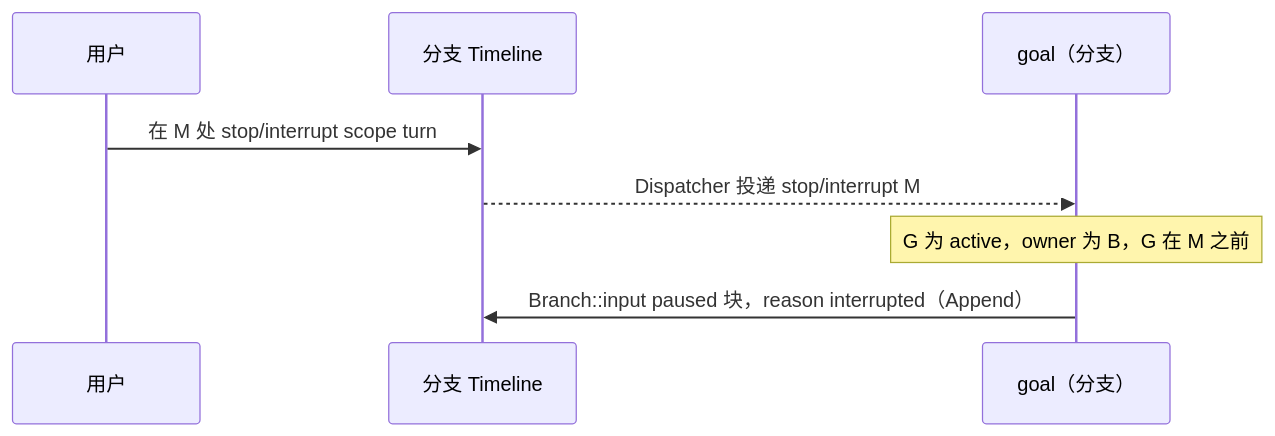
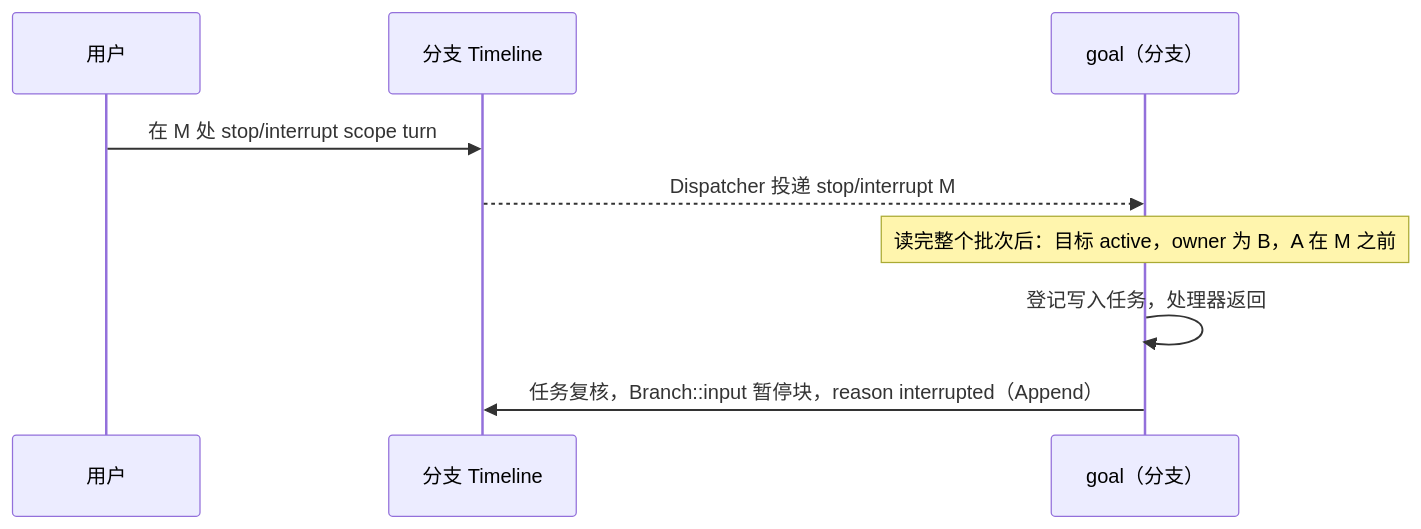
The fifth of 6 diagrams in docs/zh/design/plugins/Goal.md (CoutinhoTTS/dim-agent), drawn with Mermaid before and after one commit. The commit also changed other lines of this file and 40 other files, not shown here.

````diff
--- a/docs/zh/design/plugins/Goal.md
+++ b/docs/zh/design/plugins/Goal.md
@@ -129,10 +148,11 @@
 ```mermaid
 sequenceDiagram
   participant User as 用户
   participant TL as 分支 Timeline
   participant G as goal（分支）
   User->>TL: 在 M 处 stop/interrupt scope turn
   TL-->>G: Dispatcher 投递 stop/interrupt M
-  Note over G: G 为 active，owner 为 B，G 在 M 之前
-  G->>TL: Branch::input paused 块，reason interrupted（Append）
+  Note over G: 读完整个批次后：目标 active，owner 为 B，A 在 M 之前
+  G->>G: 登记写入任务，处理器返回
+  G->>TL: 任务复核，Branch::input 暂停块，reason interrupted（Append）
 ```
````
